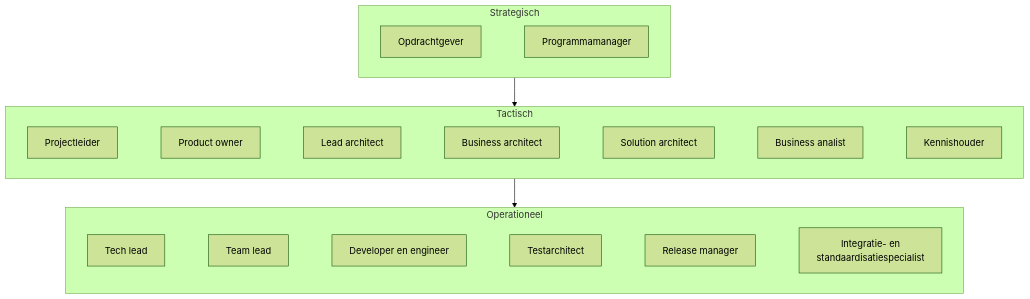
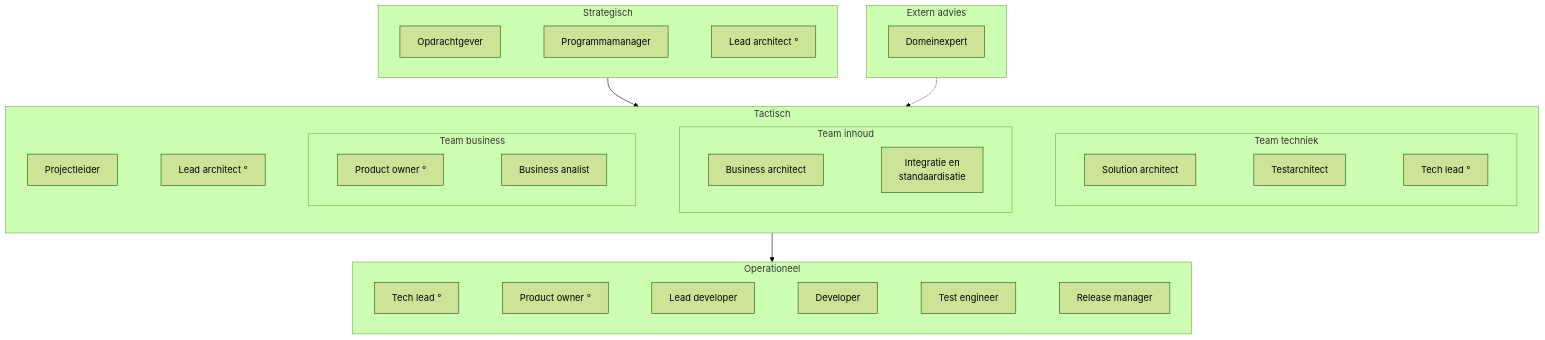
The first of 2 diagrams in presentaties/src/260903_rollen.md (Npuls-OKx/meta), drawn with Mermaid (forest theme) before and after one commit. The commit also changed other lines of this file, not shown here.

````diff
--- a/presentaties/src/260903_rollen.md
+++ b/presentaties/src/260903_rollen.md
@@ -42,17 +42,36 @@
 ```mermaid
 flowchart TB
+  subgraph EX["Extern advies"]
+    direction LR
+    DE["Domeinexpert"]
+  end
   subgraph S["Strategisch"]
     direction LR
-    OG["Opdrachtgever"] ~~~ PM["Programmamanager"]
+    OG["Opdrachtgever"] ~~~ PM["Programmamanager"] ~~~ LA1["Lead architect °"]
   end
   subgraph T["Tactisch"]
     direction LR
-    PL["Projectleider"] ~~~ PO["Product owner"] ~~~ LA["Lead architect"] ~~~ BAR["Business architect"] ~~~ SA["Solution architect"] ~~~ BA["Business analist"] ~~~ KH["Kennishouder"]
+    PL["Projectleider"]
+    LA2["Lead architect °"]
+    subgraph TB2["Team business"]
+      direction LR
+      PO1["Product owner °"] ~~~ BA["Business analist"]
+    end
+    subgraph TI["Team inhoud"]
+      direction LR
+      BAR["Business architect"] ~~~ IS["Integratie en<br/>standaardisatie"]
+    end
+    subgraph TT["Team techniek"]
+      direction LR
+      SA["Solution architect"] ~~~ TA["Testarchitect"] ~~~ TL1["Tech lead °"]
+    end
+    PL ~~~ LA2 ~~~ TB2 ~~~ TI ~~~ TT
   end
   subgraph O["Operationeel"]
     direction LR
-    TL["Tech lead"] ~~~ TML["Team lead"] ~~~ EN["Developer en engineer"] ~~~ TA["Testarchitect"] ~~~ RM["Release manager"] ~~~ IS["Integratie- en<br/>standaardisatiespecialist"]
+    TL2["Tech lead °"] ~~~ PO2["Product owner °"] ~~~ LD["Lead developer"] ~~~ DEV["Developer"] ~~~ TE["Test engineer"] ~~~ RM["Release manager"]
   end
   S --> T
   T --> O
+  EX -.-> T
 ```
````
